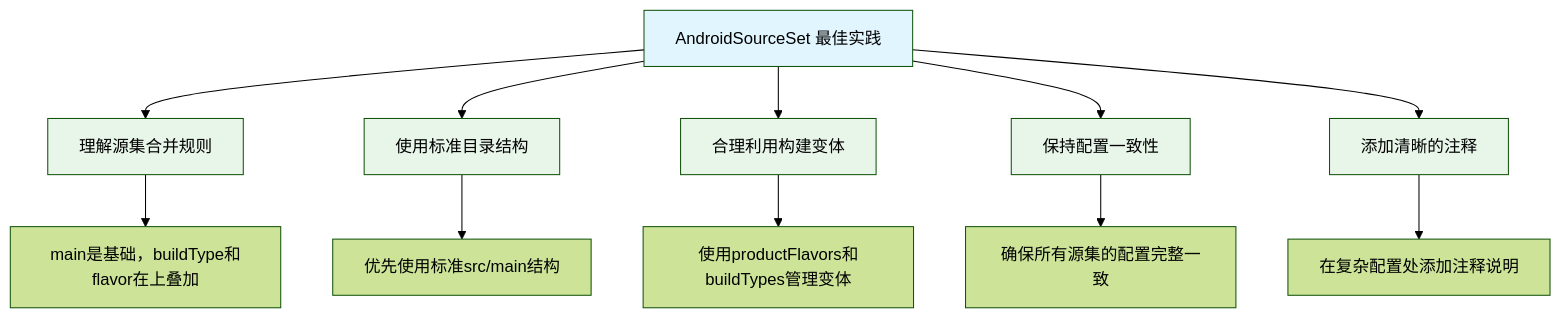
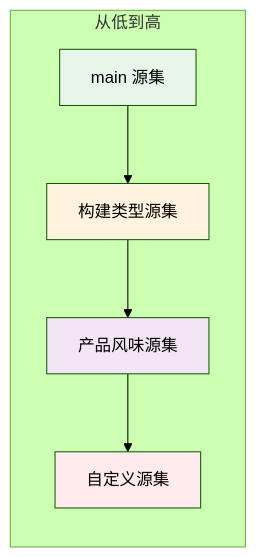
Before and after one commit to Carrie-L/carrie-l.github.io: the second of 3 diagrams in AndroidDeveloperGuideStory/Contents/vol21/21.1.68 Android源集.md, drawn with Mermaid (forest theme). The commit also changed other lines of this file, not shown here.

Commit message:
feat(chapter-21.1.68): explain AndroidSourceSet concept with source collection organization

````diff
--- a/AndroidDeveloperGuideStory/Contents/vol21/21.1.68 Android源集.md
+++ b/AndroidDeveloperGuideStory/Contents/vol21/21.1.68 Android源集.md
@@ -693,21 +206,13 @@
 ```mermaid
-flowchart TB
-    A[AndroidSourceSet 最佳实践] --> B1[理解源集合并规则]
-    A --> B2[使用标准目录结构]
-    A --> B3[合理利用构建变体]
-    A --> B4[保持配置一致性]
-    A --> B5[添加清晰的注释]
+flowchart LR
+    subgraph 源集优先级[从低到高]
+        A[main 源集] --> B[构建类型源集]
+        B --> C[产品风味源集]
+        C --> D[自定义源集]
+    end
     
-    B1 --> B1a["main是基础，buildType和flavor在上叠加"]
-    B2 --> B2a["优先使用标准src/main结构"]
-    B3 --> B3a["使用productFlavors和buildTypes管理变体"]
-    B4 --> B4a["确保所有源集的配置完整一致"]
-    B5 --> B5a["在复杂配置处添加注释说明"]
-    
-    style A fill:#e1f5fe
-    style B1 fill:#e8f5e9
-    style B2 fill:#e8f5e9
-    style B3 fill:#e8f5e9
-    style B4 fill:#e8f5e9
-    style B5 fill:#e8f5e9
+    style A fill:#e8f5e9
+    style B fill:#fff3e0
+    style C fill:#f3e5f5
+    style D fill:#ffebee
 ```
````
